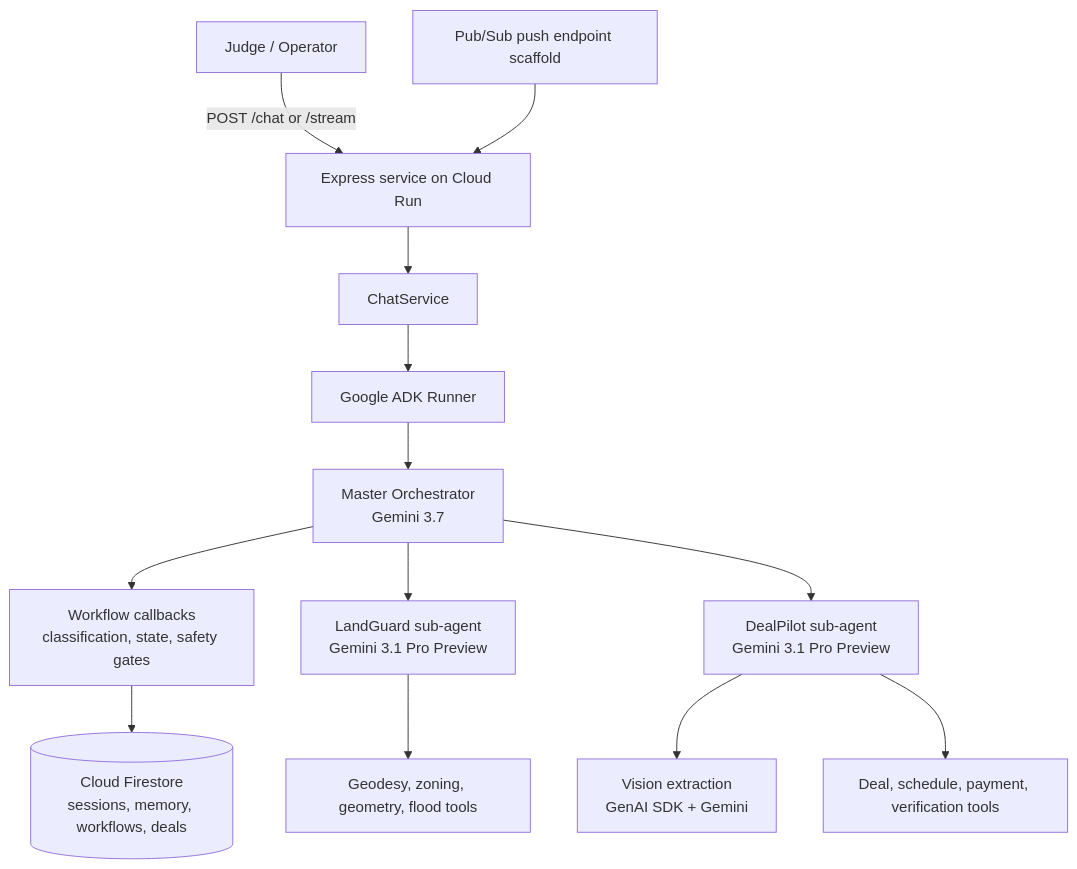
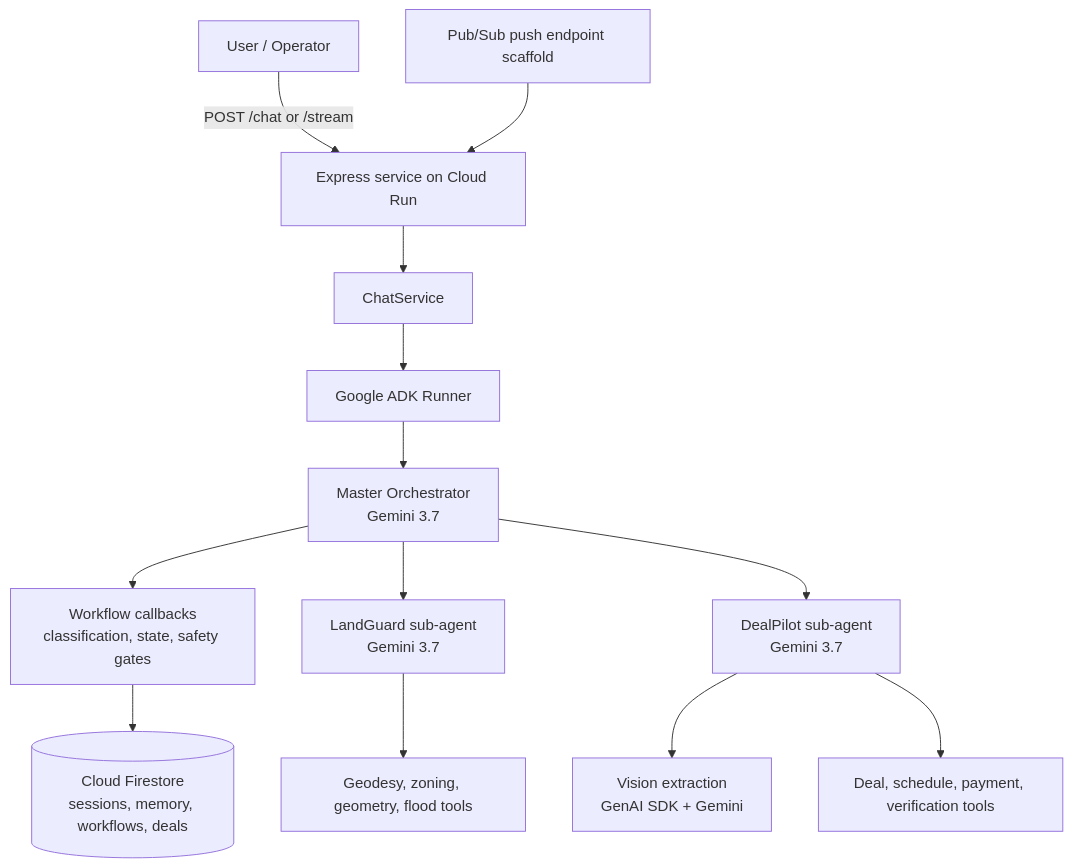
The diagram in README.md (Apexloaded/depilot), drawn with Mermaid before and after one commit. The commit also changed 113 other files, not shown here.

````diff
--- a/README.md
+++ b/README.md
@@ -16,15 +16,15 @@
 ```mermaid
 flowchart TD
-  User[Judge / Operator] -->|POST /chat or /stream| Express[Express service on Cloud Run]
+  User[User / Operator] -->|POST /chat or /stream| Express[Express service on Cloud Run]
   Express --> Chat[ChatService]
   Chat --> Runner[Google ADK Runner]
   Runner --> Orchestrator[Master Orchestrator<br/>Gemini 3.7]
   Orchestrator --> Guard[Workflow callbacks<br/>classification, state, safety gates]
   Guard --> Firestore[(Cloud Firestore<br/>sessions, memory, workflows, deals)]
-  Orchestrator --> LandGuard[LandGuard sub-agent<br/>Gemini 3.1 Pro Preview]
-  Orchestrator --> DealPilot[DealPilot sub-agent<br/>Gemini 3.1 Pro Preview]
+  Orchestrator --> LandGuard[LandGuard sub-agent<br/>Gemini 3.7]
+  Orchestrator --> DealPilot[DealPilot sub-agent<br/>Gemini 3.7]
   DealPilot --> Vision[Vision extraction<br/>GenAI SDK + Gemini]
   LandGuard --> CadastralTools[Geodesy, zoning, geometry, flood tools]
   DealPilot --> DealTools[Deal, schedule, payment, verification tools]
   PubSub[Pub/Sub push endpoint scaffold] --> Express
 ```
````
